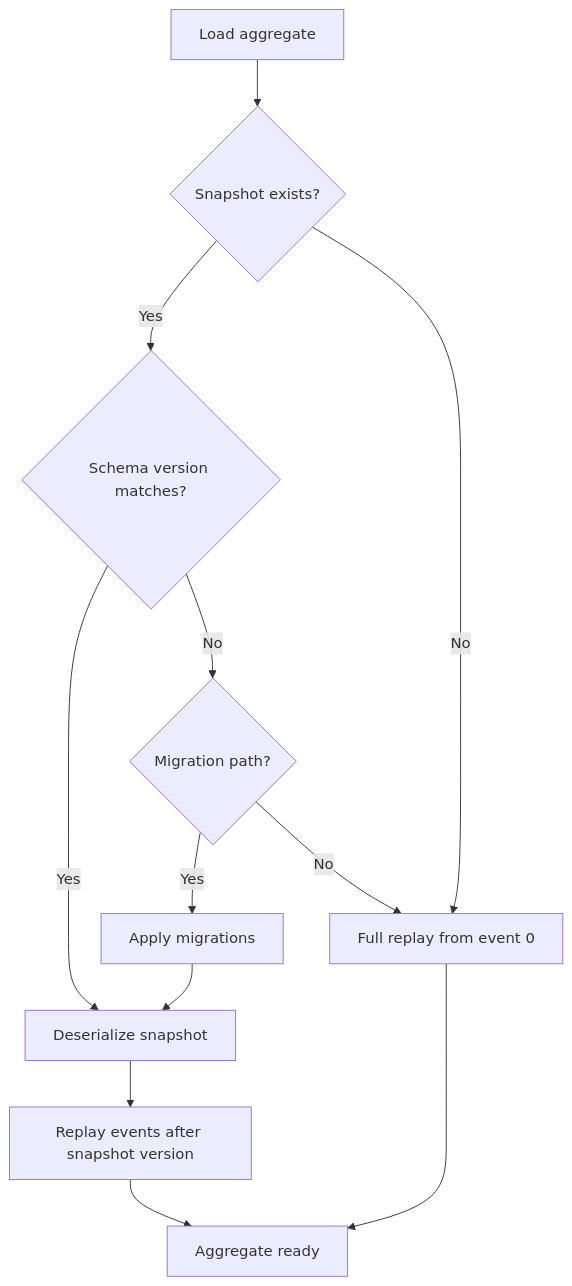
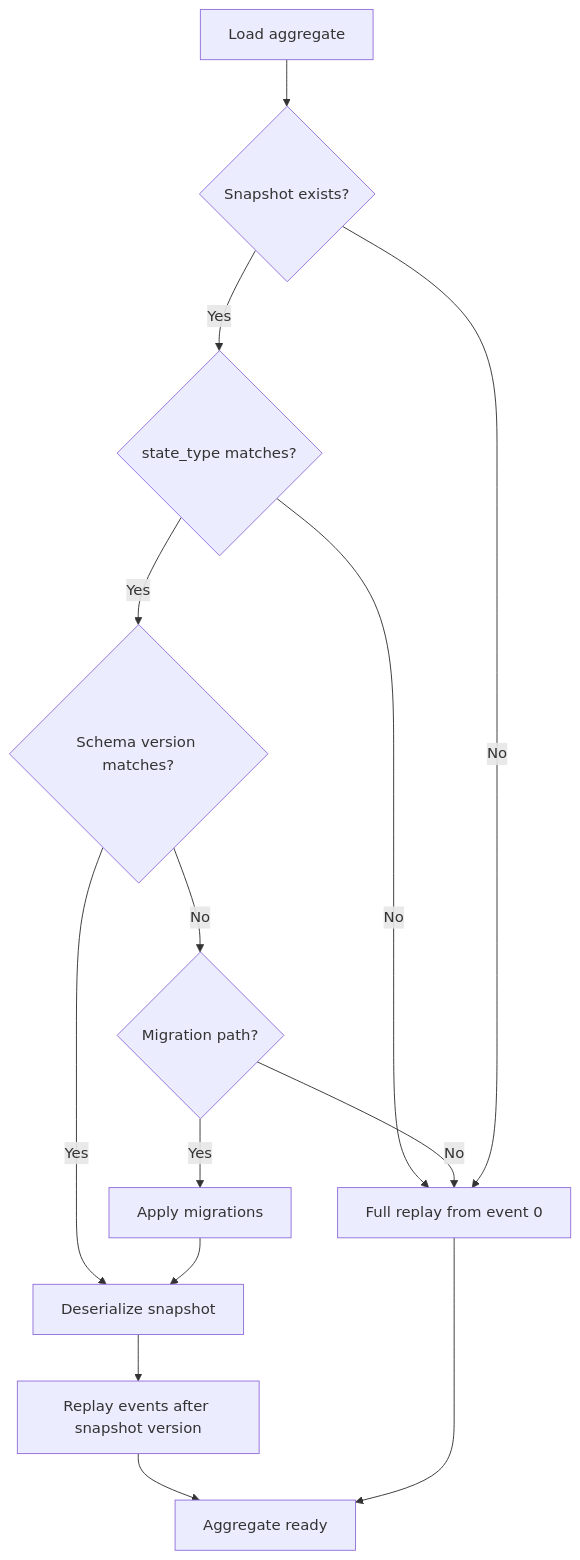
The first of 2 diagrams in docs/features/eventsourcing/snapshots.md (waku-py/waku), drawn with Mermaid before and after one commit. The commit also changed 17 other files, not shown here.

````diff
--- a/docs/features/eventsourcing/snapshots.md
+++ b/docs/features/eventsourcing/snapshots.md
@@ -92,13 +92,15 @@
 ```mermaid
 graph TD
     L[Load aggregate] --> CS{Snapshot exists?}
-    CS -->|Yes| SV{Schema version matches?}
+    CS -->|Yes| ST{state_type matches?}
+    ST -->|No| FR
+    ST -->|Yes| SV{Schema version matches?}
     SV -->|Yes| DS[Deserialize snapshot]
     SV -->|No| MG{Migration path?}
     MG -->|Yes| AP[Apply migrations] --> DS
     MG -->|No| FR
     DS --> RE[Replay events after snapshot version]
     RE --> A[Aggregate ready]
     CS -->|No| FR[Full replay from event 0]
     FR --> A
 ```
````
